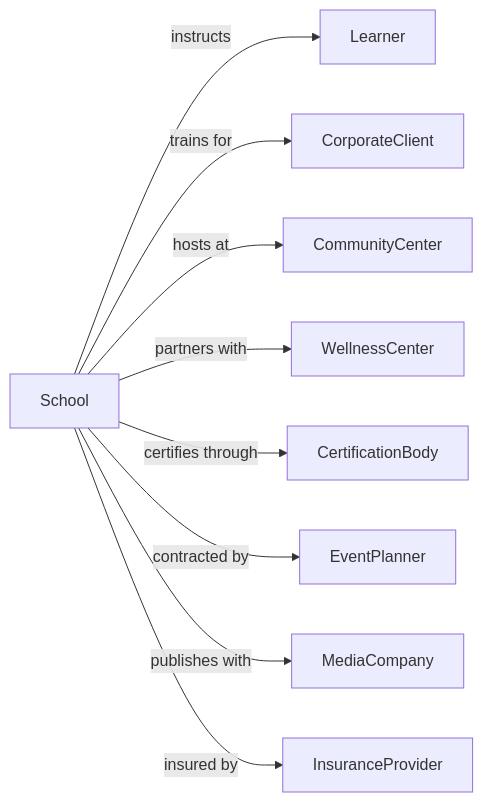
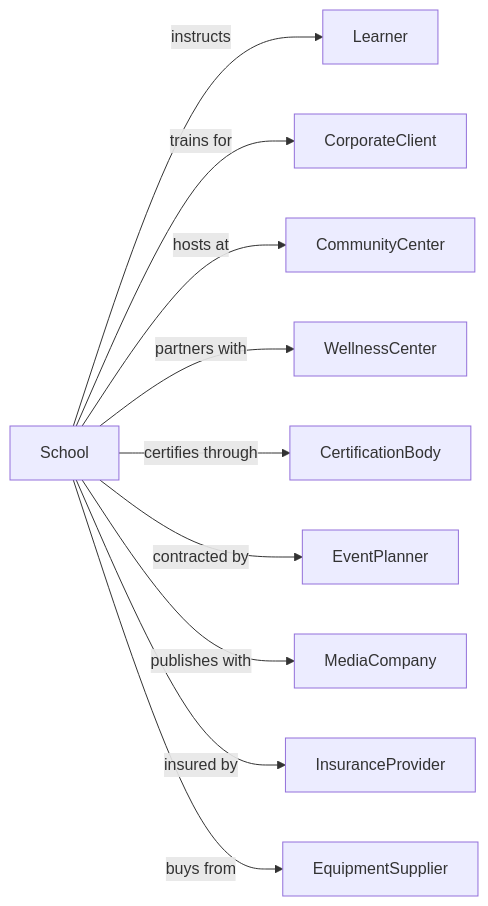
Before and after one commit to dot-org-ai/industries.org.ai: the second of 2 diagrams in Education/Education/OtherSchoolsAndInstruction/AllOtherMiscellaneousSchoolsAndInstruction.mdx, drawn with Mermaid. The commit also changed 588 other files, not shown here.

````diff
--- a/Education/Education/OtherSchoolsAndInstruction/AllOtherMiscellaneousSchoolsAndInstruction.mdx
+++ b/Education/Education/OtherSchoolsAndInstruction/AllOtherMiscellaneousSchoolsAndInstruction.mdx
@@ -138,13 +138,14 @@
 ```mermaid
 graph LR
     S[School]
 
     S -->|instructs| Learner
     S -->|trains for| CorporateClient
     S -->|hosts at| CommunityCenter
     S -->|partners with| WellnessCenter
     S -->|certifies through| CertificationBody
     S -->|contracted by| EventPlanner
     S -->|publishes with| MediaCompany
     S -->|insured by| InsuranceProvider
+    S -->|buys from| EquipmentSupplier
 ```
````
